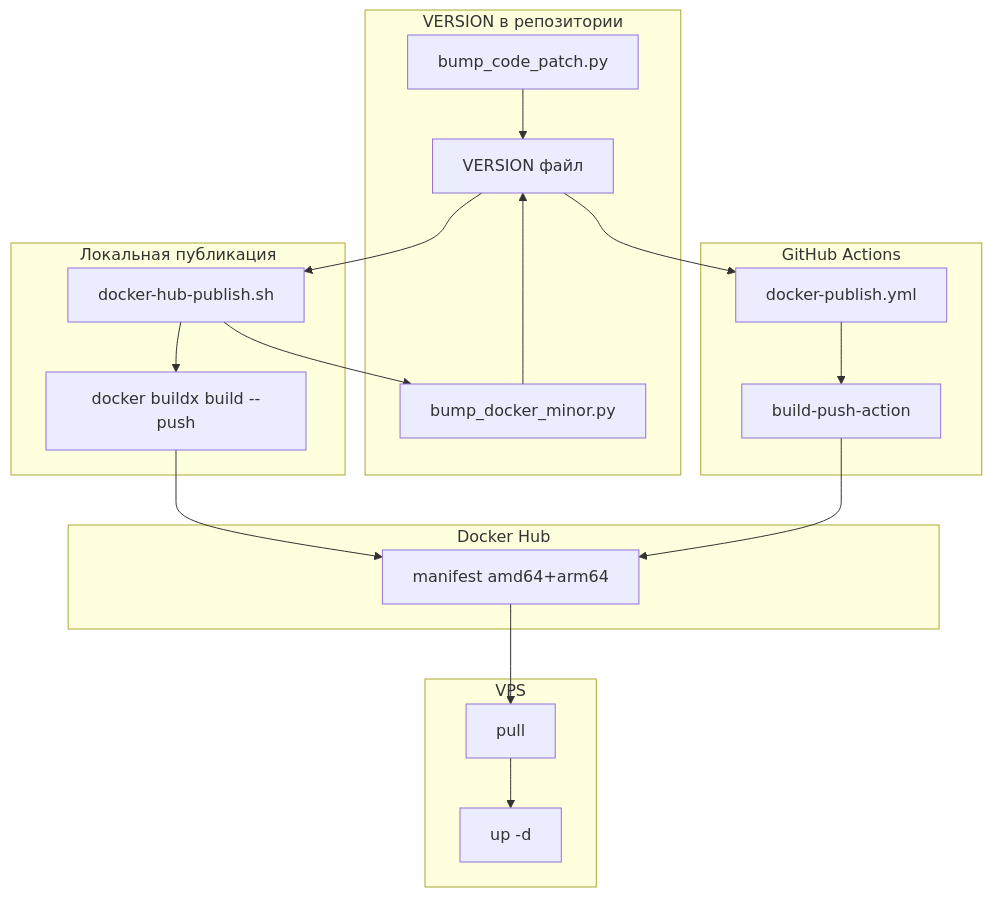
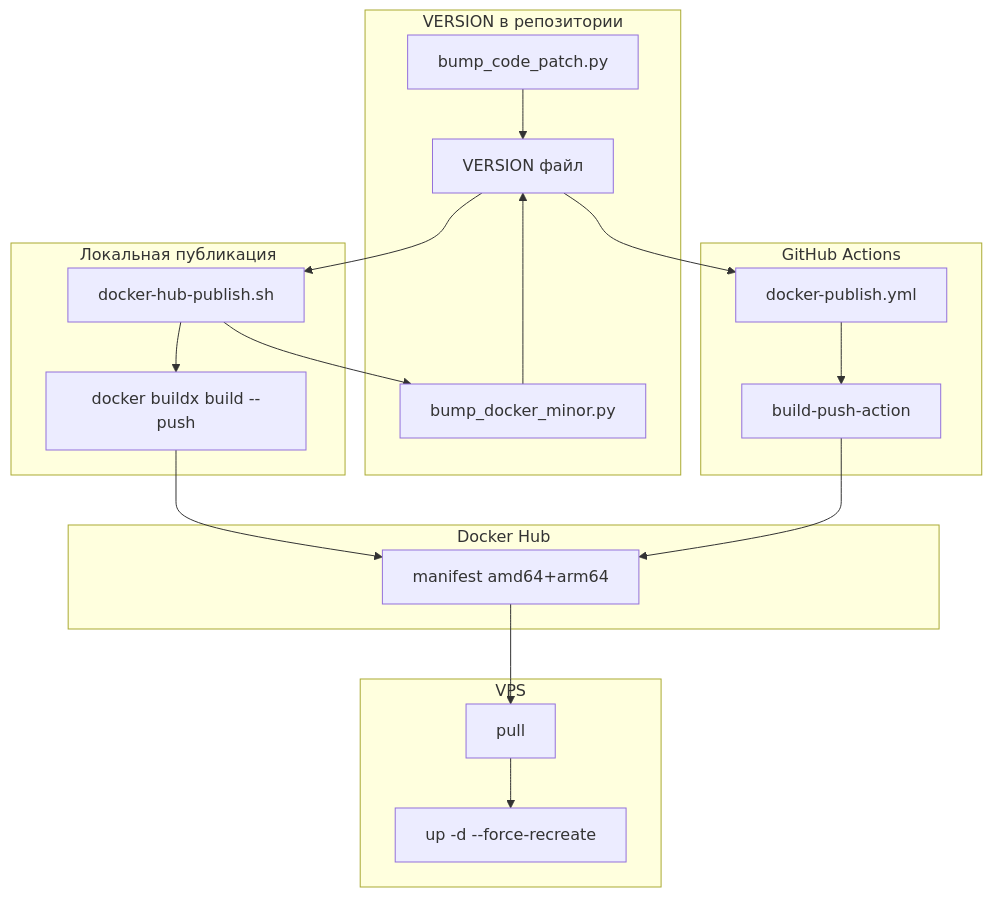
The diagram in docs/docker-hub-build-and-vps-plan.md (cuthbertnogood/email2telegram), drawn with Mermaid before and after one commit. The commit also changed other lines of this file and 9 other files, not shown here.

First line of the commit message:
Hub deploy: force-recreate after pull; VERSION and deploy docs

````diff
--- a/docs/docker-hub-build-and-vps-plan.md
+++ b/docs/docker-hub-build-and-vps-plan.md
@@ -268,38 +268,38 @@
 ```mermaid
 flowchart TB
   subgraph version [VERSION в репозитории]
     VFILE[VERSION файл]
     BUMP_MINOR[bump_docker_minor.py]
     BUMP_PATCH[bump_code_patch.py]
     BUMP_PATCH --> VFILE
     BUMP_MINOR --> VFILE
   end
 
   subgraph local [Локальная публикация]
     PUB[docker-hub-publish.sh]
     BUILDX[docker buildx build --push]
     PUB --> BUMP_MINOR
     PUB --> BUILDX
     VFILE --> PUB
   end
 
   subgraph ci [GitHub Actions]
     WF[docker-publish.yml]
     BUILD_PUSH[build-push-action]
     WF --> BUILD_PUSH
     VFILE --> WF
   end
 
   subgraph hub [Docker Hub]
     IMG[manifest amd64+arm64]
   end
 
   BUILDX --> IMG
   BUILD_PUSH --> IMG
 
   subgraph vps [VPS]
     PULL[pull]
-    UP[up -d]
+    UP[up -d --force-recreate]
     IMG --> PULL --> UP
   end
 ```
````
